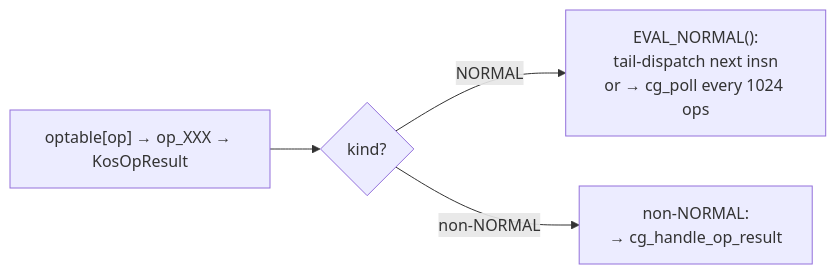
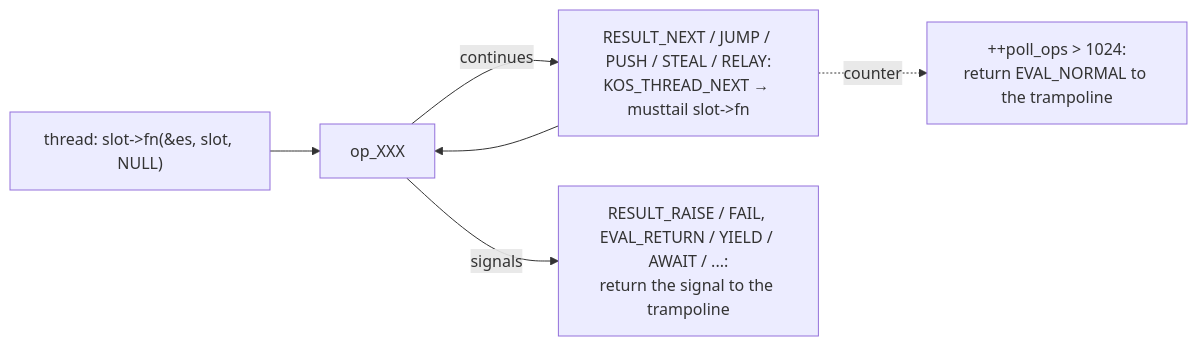
The sixth of 11 diagrams in design/EVALUATOR.md (koskari-lang/koskari), drawn with Mermaid before and after one commit. The commit also changed other lines of this file and 16 other files, not shown here.

````diff
--- a/design/EVALUATOR.md
+++ b/design/EVALUATOR.md
@@ -408,11 +428,13 @@
 ```mermaid
 flowchart LR
-    dispatch["optable[op] → op_XXX → KosOpResult"]
-    kind{"kind?"}
-    fast["EVAL_NORMAL():<br/>tail-dispatch next insn<br/>or → cg_poll every 1024 ops"]
-    other["non-NORMAL:<br/>→ cg_handle_op_result"]
+    thread["thread: slot->fn(&es, slot, NULL)"]
+    handler["op_XXX"]
+    next["RESULT_NEXT / JUMP / PUSH / STEAL / RELAY:<br/>KOS_THREAD_NEXT → musttail slot->fn"]
+    trip["++poll_ops > 1024:<br/>return EVAL_NORMAL to the trampoline"]
+    signal["RESULT_RAISE / FAIL, EVAL_RETURN / YIELD / AWAIT / ...:<br/>return the signal to the trampoline"]
 
-    dispatch --> kind
-    kind -->|NORMAL| fast
-    kind -->|non-NORMAL| other
+    thread --> handler
+    handler -->|continues| next --> handler
+    next -.->|counter| trip
+    handler -->|signals| signal
 ```
````
